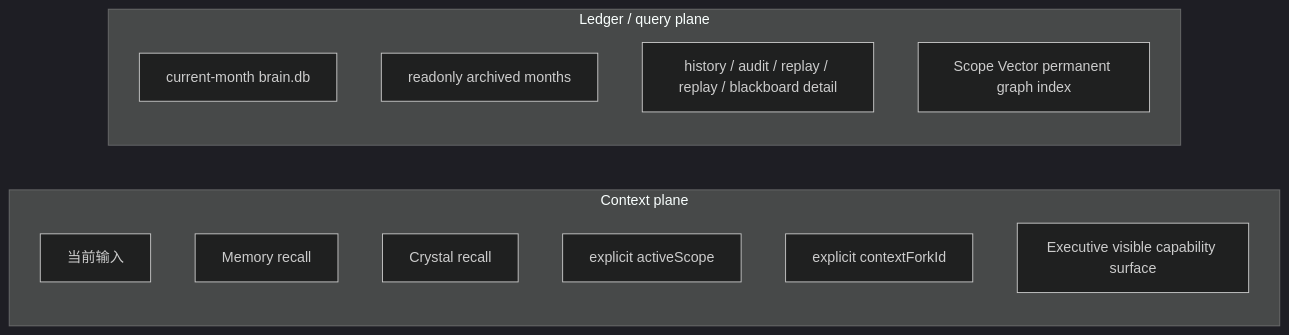
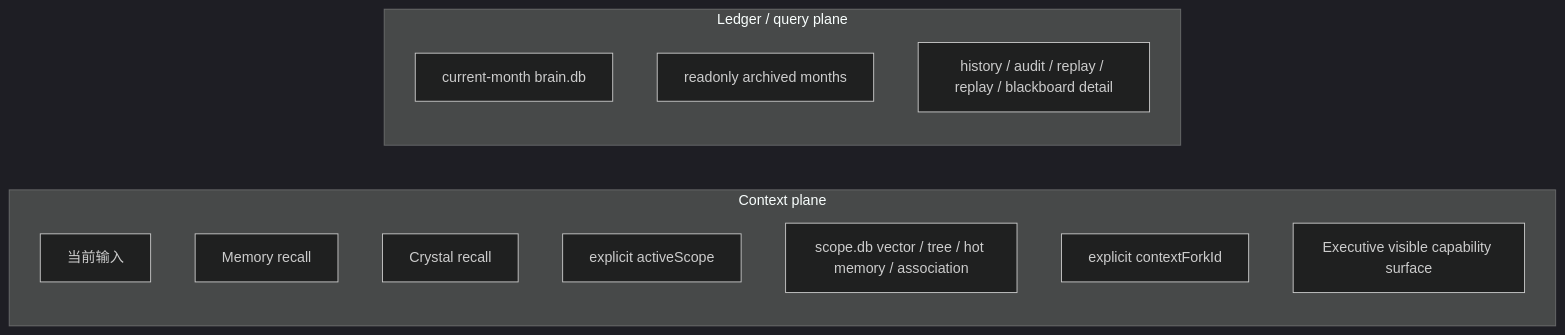
Before and after one commit to flyflor/flyflor: the diagram in docs/architecture.md, drawn with Mermaid (dark theme). The commit also changed other lines of this file and 22 other files, not shown here.

````diff
--- a/docs/architecture.md
+++ b/docs/architecture.md
@@ -38,18 +38,18 @@
 ```mermaid
 flowchart LR
     subgraph Context["Context plane"]
         Input["当前输入"]
         Memory["Memory recall"]
         Crystal["Crystal recall"]
         Scope["explicit activeScope"]
+        ScopeIndex["scope.db vector / tree / hot memory / association"]
         Fork["explicit contextForkId"]
         Exec["Executive visible capability surface"]
     end
 
     subgraph Ledger["Ledger / query plane"]
         Brain["current-month brain.db"]
         Archive["readonly archived months"]
         Replay["history / audit / replay / replay / blackboard detail"]
-        ScopeVector["Scope Vector permanent graph index"]
     end
 ```
````
